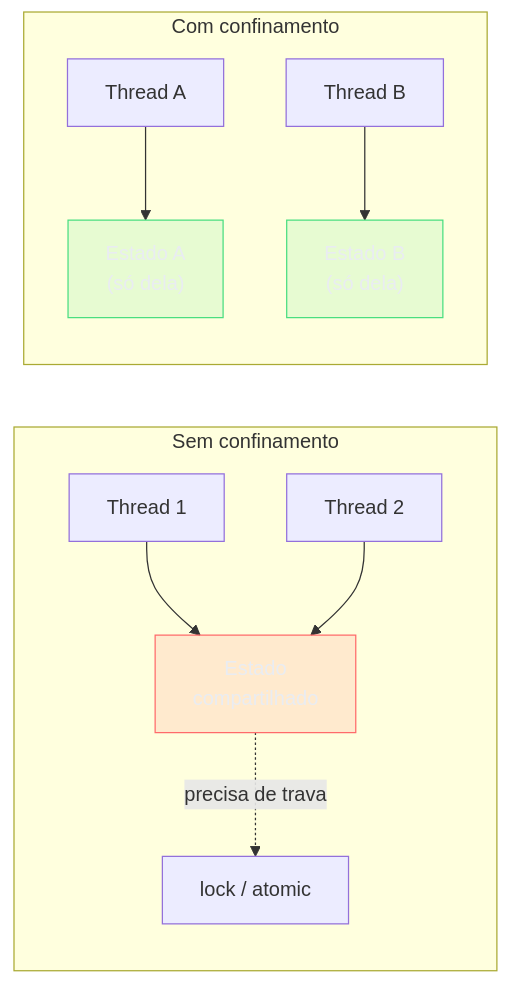
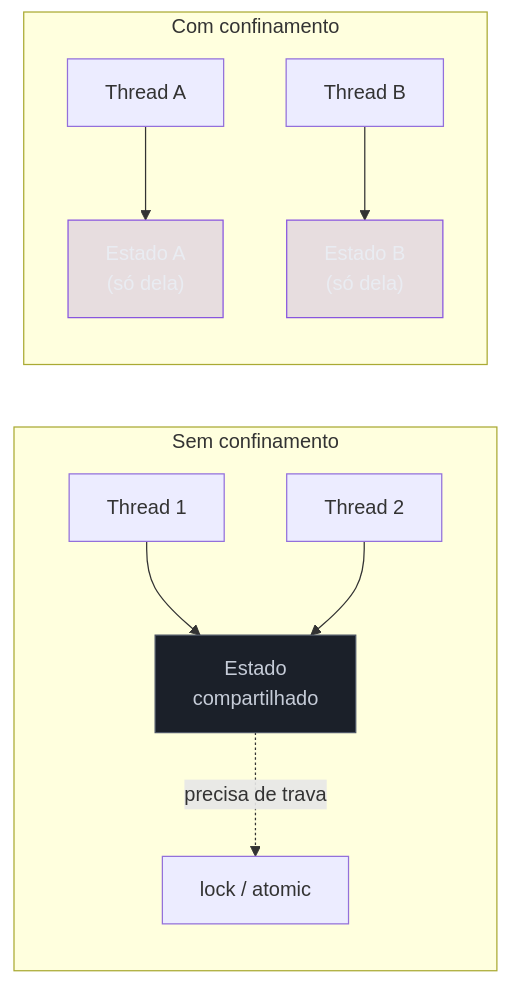
Before and after one commit to josenaldo/codex-technomanticus: the fifth of 6 diagrams in 03-Dominios/Ciência/Concorrência e Paralelismo/03 - Estado compartilhado e race conditions.md, drawn with Mermaid. The commit also changed other lines of this file and 601 other files, not shown here.

````diff
--- a/03-Dominios/Ciência/Concorrência e Paralelismo/03 - Estado compartilhado e race conditions.md
+++ b/03-Dominios/Ciência/Concorrência e Paralelismo/03 - Estado compartilhado e race conditions.md
@@ -244,19 +244,19 @@
 ```mermaid
 flowchart LR
-    classDef falha fill:#FF6B6B24,stroke:#FF6B6B,color:#E9ECF2
-    classDef ok fill:#4ADE8021,stroke:#4ADE80,color:#E9ECF2
+    classDef marca fill:#8855DF33,stroke:#8855DF,color:#E9ECF2
+    classDef neutro fill:#1B2029,stroke:#4E5666,color:#C6CCD8
     subgraph SEM["Sem confinamento"]
         T1["Thread 1"] --> E["Estado<br/>compartilhado"]
         T2["Thread 2"] --> E
         E -.->|"precisa de trava"| LOCK["lock / atomic"]
     end
 
     subgraph COM["Com confinamento"]
         TA["Thread A"] --> EA["Estado A<br/>(só dela)"]
         TB["Thread B"] --> EB["Estado B<br/>(só dela)"]
     end
 
-    class E falha
-    class EA ok
-    class EB ok
+    class E neutro
+    class EA marca
+    class EB marca
 ```
````
